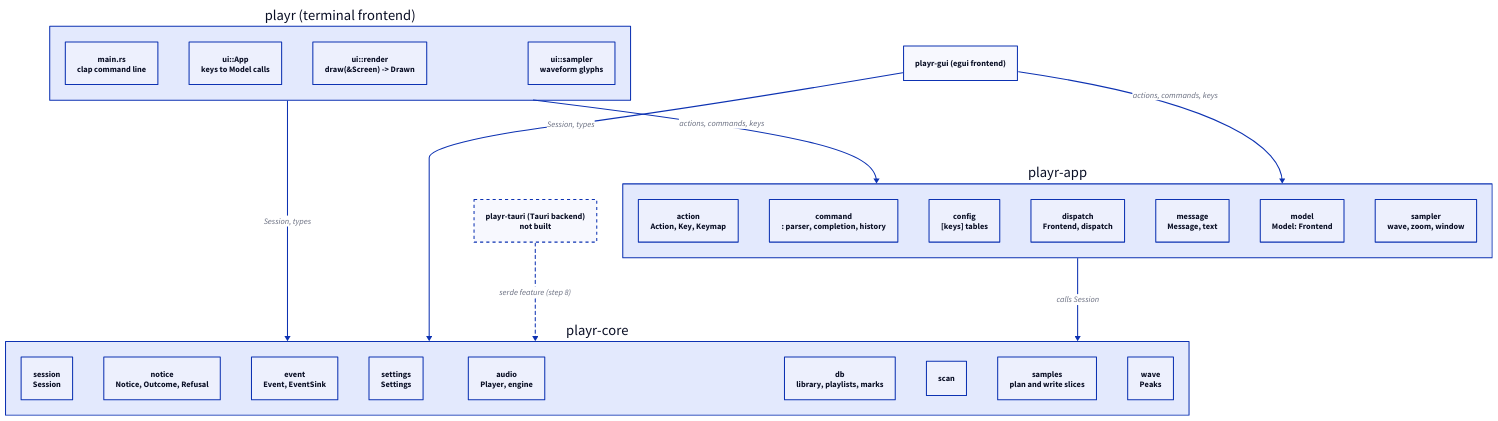
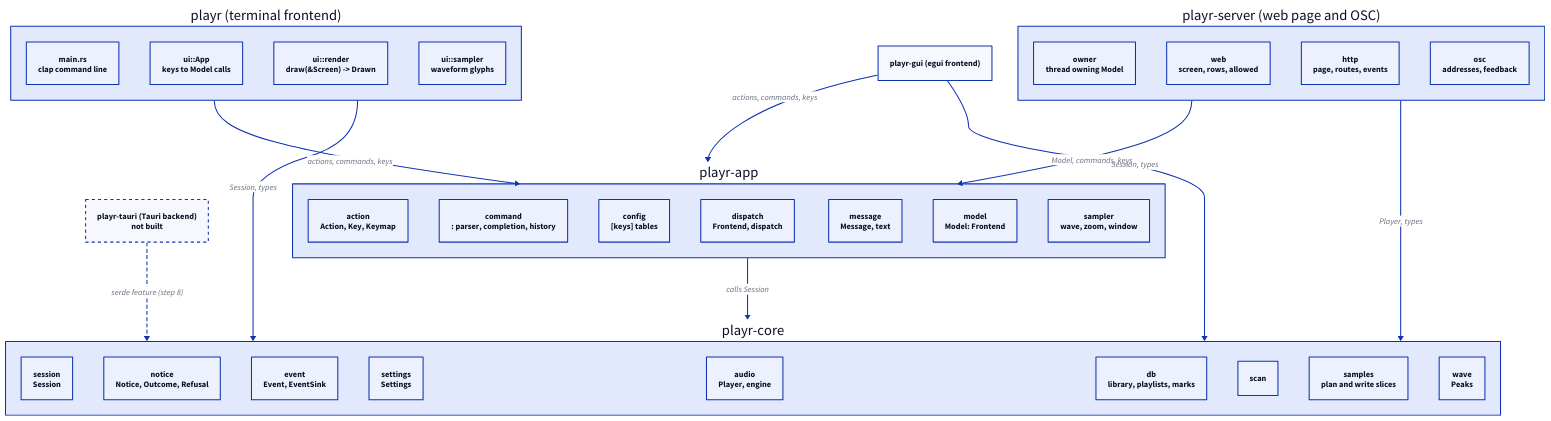
Before and after one commit to shakfu/playr: the diagram in docs/media/architecture-crates.d2, drawn with D2. The commit also changed 38 other files, not shown here.

```diff
--- a/docs/media/architecture-crates.d2
+++ b/docs/media/architecture-crates.d2
@@ -1,48 +1,57 @@
 # playr's crates and what depends on what.
 # Render: make diagrams
 
 direction: down
 
 playr: "playr (terminal frontend)" {
   main: "main.rs\nclap command line"
   app: "ui::App\nkeys to Model calls"
   render: "ui::render\ndraw(&Screen) -> Drawn"
   sampler: "ui::sampler\nwaveform glyphs"
 }
 
 gui: "playr-gui (egui frontend)"
+
+server: "playr-server (web page and OSC)" {
+  owner: "owner\nthread owning Model"
+  web: "web\nscreen, rows, allowed"
+  http: "http\npage, routes, events"
+  osc: "osc\naddresses, feedback"
+}
 
 tauri: "playr-tauri (Tauri backend)\nnot built" {
   style.stroke-dash: 3
 }
 
 app: "playr-app" {
   action: "action\nAction, Key, Keymap"
   command: "command\n: parser, completion, history"
   config: "config\n[keys] tables"
   dispatch: "dispatch\nFrontend, dispatch"
   message: "message\nMessage, text"
   model: "model\nModel: Frontend"
   sampler: "sampler\nwave, zoom, window"
 }
 
 core: "playr-core" {
   session: "session\nSession"
   notice: "notice\nNotice, Outcome, Refusal"
   event: "event\nEvent, EventSink"
   settings: "settings\nSettings"
   audio: "audio\nPlayer, engine"
   db: "db\nlibrary, playlists, marks"
   scan
   samples: "samples\nplan and write slices"
   wave: "wave\nPeaks"
 }
 
 playr -> app: "actions, commands, keys"
 playr -> core: "Session, types"
 gui -> app: "actions, commands, keys"
 gui -> core: "Session, types"
+server -> app: "Model, commands, keys"
+server -> core: "Player, types"
 tauri -> core: "serde feature (step 8)" {
   style.stroke-dash: 3
 }
 app -> core: "calls Session"
```
